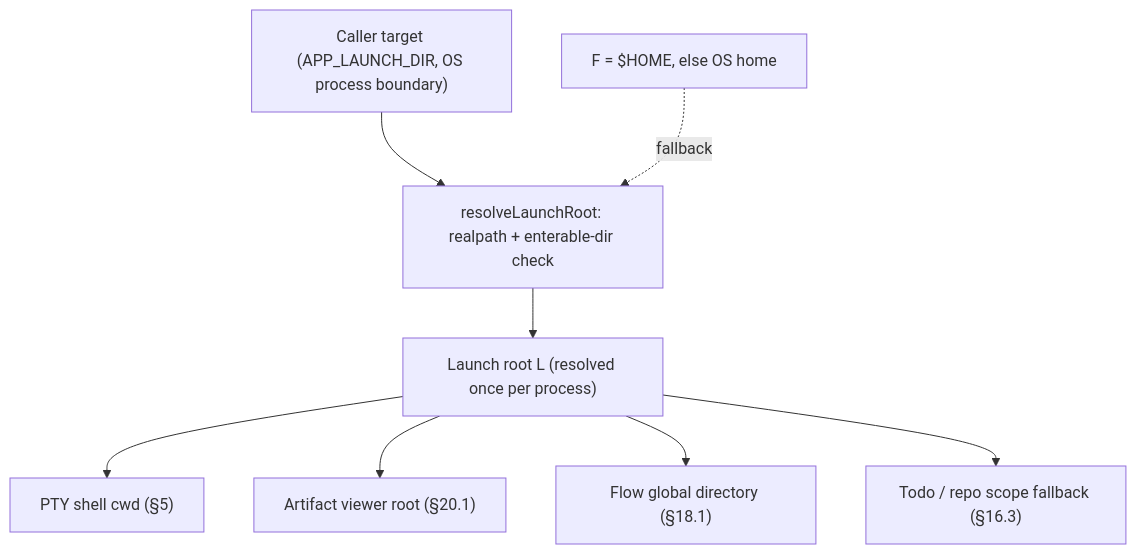
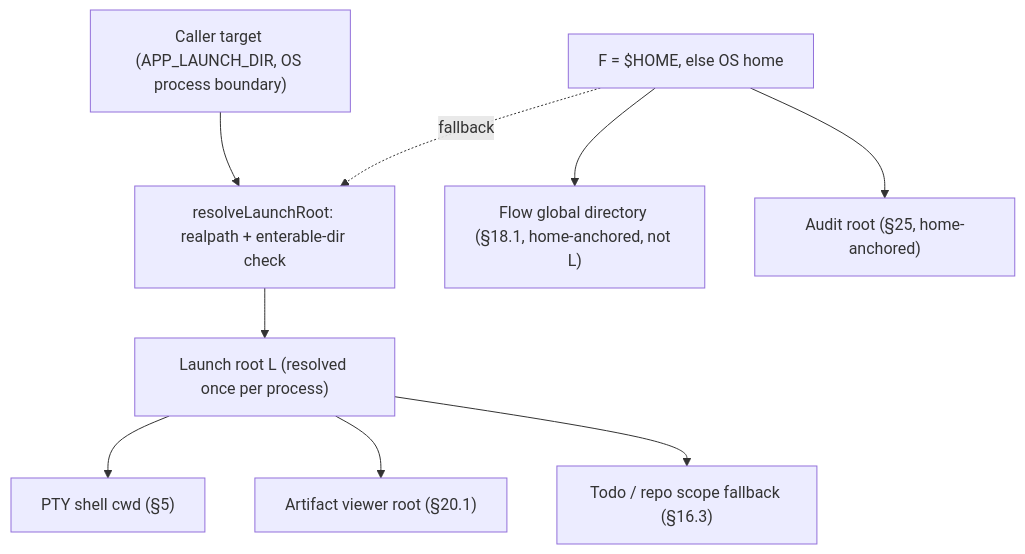
Before and after one commit to dylanb/agent-terminal: the second of 5 diagrams in terminal-web-ui-spec.md, drawn with Mermaid. The commit also changed other lines of this file and 6 other files, not shown here.

````diff
--- a/terminal-web-ui-spec.md
+++ b/terminal-web-ui-spec.md
@@ -1520,10 +1522,11 @@
 ```mermaid
 flowchart TD
     target["Caller target (APP_LAUNCH_DIR, OS process boundary)"] --> resolve["resolveLaunchRoot: realpath + enterable-dir check"]
     F["F = $HOME, else OS home"] -. fallback .-> resolve
     resolve --> L["Launch root L (resolved once per process)"]
     L --> shell["PTY shell cwd (§5)"]
     L --> viewer["Artifact viewer root (§20.1)"]
-    L --> flow["Flow global directory (§18.1)"]
     L --> todo["Todo / repo scope fallback (§16.3)"]
+    F --> flow["Flow global directory (§18.1, home-anchored, not L)"]
+    F --> audit["Audit root (§25, home-anchored)"]
 ```
````
